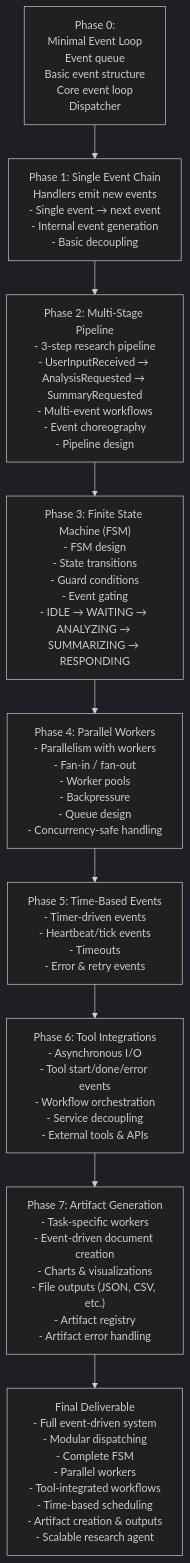
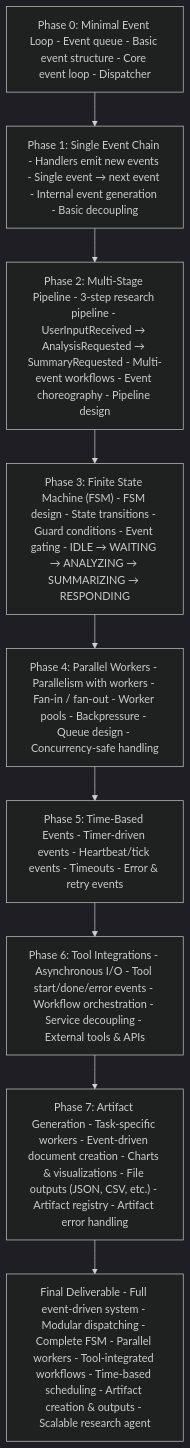
The diagram in diagram.md (shartrooper/research-assistant), drawn with Mermaid (dark theme) before and after one commit.

Commit message:
ANotehr update of mermaid diagram

````diff
--- a/diagram.md
+++ b/diagram.md
@@ -3,20 +3,14 @@
 ```mermaid
 flowchart TD
-  P0["Phase 0: 
-  Minimal Event Loop 
-  Event queue 
-  Basic event structure
-  Core event loop 
-  Dispatcher"]
-  P1["Phase 1: Single Event Chain
-  Handlers emit new events\n- Single event → next event\n- Internal event generation\n- Basic decoupling"]
-  P2["Phase 2: Multi-Stage Pipeline\n- 3-step research pipeline\n- UserInputReceived → AnalysisRequested → SummaryRequested\n- Multi-event workflows\n- Event choreography\n- Pipeline design"]
-  P3["Phase 3: Finite State Machine (FSM)\n- FSM design\n- State transitions\n- Guard conditions\n- Event gating\n- IDLE → WAITING → ANALYZING → SUMMARIZING → RESPONDING"]
-  P4["Phase 4: Parallel Workers\n- Parallelism with workers\n- Fan-in / fan-out\n- Worker pools\n- Backpressure\n- Queue design\n- Concurrency-safe handling"]
-  P5["Phase 5: Time-Based Events\n- Timer-driven events\n- Heartbeat/tick events\n- Timeouts\n- Error & retry events"]
-  P6["Phase 6: Tool Integrations\n- Asynchronous I/O\n- Tool start/done/error events\n- Workflow orchestration\n- Service decoupling\n- External tools & APIs"]
-  P7["Phase 7: Artifact Generation\n- Task-specific workers\n- Event-driven document creation\n- Charts & visualizations\n- File outputs (JSON, CSV, etc.)\n- Artifact registry\n- Artifact error handling"]
-  F["Final Deliverable\n- Full event-driven system\n- Modular dispatching\n- Complete FSM\n- Parallel workers\n- Tool-integrated workflows\n- Time-based scheduling\n- Artifact creation & outputs\n- Scalable research agent"]
+  P0["Phase 0: Minimal Event Loop - Event queue - Basic event structure - Core event loop - Dispatcher"]
+  P1["Phase 1: Single Event Chain - Handlers emit new events - Single event → next event - Internal event generation - Basic decoupling"]
+  P2["Phase 2: Multi-Stage Pipeline - 3-step research pipeline - UserInputReceived → AnalysisRequested → SummaryRequested - Multi-event workflows - Event choreography - Pipeline design"]
+  P3["Phase 3: Finite State Machine (FSM) - FSM design - State transitions - Guard conditions - Event gating - IDLE → WAITING → ANALYZING → SUMMARIZING → RESPONDING"]
+  P4["Phase 4: Parallel Workers - Parallelism with workers - Fan-in / fan-out - Worker pools - Backpressure - Queue design - Concurrency-safe handling"]
+  P5["Phase 5: Time-Based Events - Timer-driven events - Heartbeat/tick events - Timeouts - Error & retry events"]
+  P6["Phase 6: Tool Integrations - Asynchronous I/O - Tool start/done/error events - Workflow orchestration - Service decoupling - External tools & APIs"]
+  P7["Phase 7: Artifact Generation - Task-specific workers - Event-driven document creation - Charts & visualizations - File outputs (JSON, CSV, etc.) - Artifact registry - Artifact error handling"]
+  F["Final Deliverable - Full event-driven system - Modular dispatching - Complete FSM - Parallel workers - Tool-integrated workflows - Time-based scheduling - Artifact creation & outputs - Scalable research agent"]
 
   P0 --> P1 --> P2 --> P3 --> P4 --> P5 --> P6 --> P7 --> F
 ```
````
